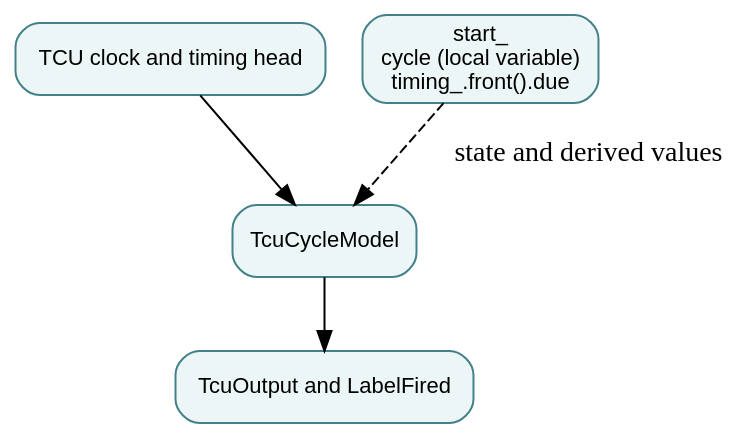
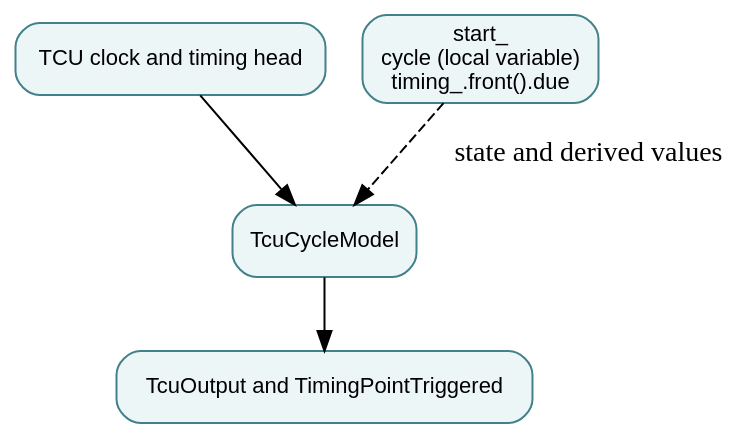
One commit to qsbit-org/qsbit-sim changed the diagram in docs/modules/timing-controller.md. Above: the diagram before and after it, drawn with Graphviz. The commit also changed other lines of this file and 92 other files, not shown here.

````diff
--- a/docs/modules/timing-controller.md
+++ b/docs/modules/timing-controller.md
@@ -14,11 +14,11 @@
 ```{graphviz}
 digraph module {
   rankdir=TB; bgcolor="transparent";
   node [shape=box, style="rounded,filled", fillcolor="#edf6f7", color="#43818a", fontname="sans-serif", fontsize=11];
   input [label="TCU clock and timing head"];
   owner [label="TcuCycleModel"];
   state [label="start_\ncycle (local variable)\ntiming_.front().due"];
-  output [label="TcuOutput and LabelFired"];
+  output [label="TcuOutput and TimingPointTriggered"];
   input -> owner; owner -> output; state -> owner [style=dashed, label="state and derived values"];
 }
 ```
````
